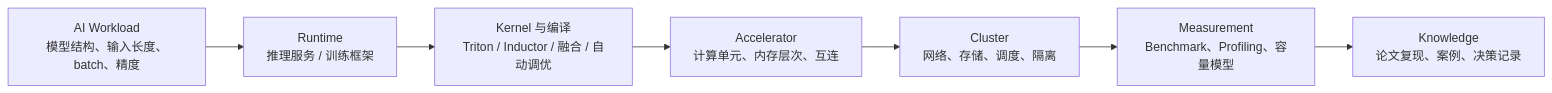
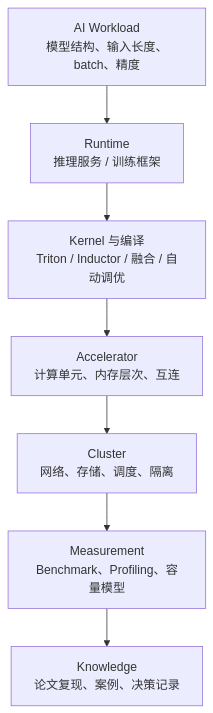
One commit to AmourSec/aikg changed the second of 2 diagrams in docs/knowledge-map.md. Above: the diagram before and after it, drawn with Mermaid. The commit also changed other lines of this file, not shown here.

````diff
--- a/docs/knowledge-map.md
+++ b/docs/knowledge-map.md
@@ -76,17 +75,17 @@
 ```mermaid
-flowchart LR
+flowchart TB
   W["AI Workload<br/>模型结构、输入长度、batch、精度"] --> R["Runtime<br/>推理服务 / 训练框架"]
   R --> K["Kernel 与编译<br/>Triton / Inductor / 融合 / 自动调优"]
   K --> H["Accelerator<br/>计算单元、内存层次、互连"]
   H --> C["Cluster<br/>网络、存储、调度、隔离"]
   C --> M["Measurement<br/>Benchmark、Profiling、容量模型"]
   M --> P["Knowledge<br/>论文复现、案例、决策记录"]
 
   click W "../02-ai-workloads/" "打开 AI 计算工作负载基础"
   click R "../03-inference-systems/" "打开推理系统与服务优化"
   click K "../05-kernels-compilers/" "打开 Kernel、算子与编译优化"
   click H "../06-accelerators-architecture/" "打开 AI 加速器与计算架构"
   click C "../07-cluster-infra/" "打开集群、网络、存储与调度"
   click M "../08-benchmark-capacity/" "打开性能分析、Benchmark 与容量建模"
   click P "../10-papers-cases/" "打开论文复现与系统案例"
 ```
````
